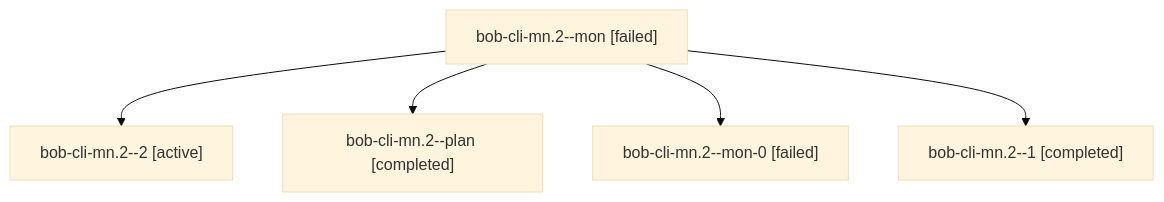
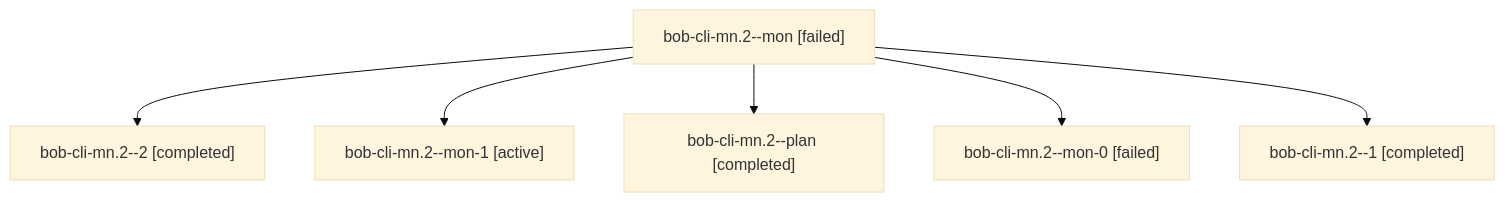
The diagram in sessions/bbugyi200.athena.bob-cli-mn.2.md (bobs-org/bob-cli--agents), drawn with Mermaid (base theme) before and after one commit. The commit also changed other lines of this file and 51 other files, not shown here.

````diff
--- a/sessions/bbugyi200.athena.bob-cli-mn.2.md
+++ b/sessions/bbugyi200.athena.bob-cli-mn.2.md
@@ -9,12 +9,14 @@
 ```mermaid
 flowchart TD
   n0["bob-cli-mn.2--mon [failed]"]
-  n1["bob-cli-mn.2--2 [active]"]
+  n1["bob-cli-mn.2--2 [completed]"]
   n0 --> n1
-  n2["bob-cli-mn.2--plan [completed]"]
+  n2["bob-cli-mn.2--mon-1 [active]"]
   n0 --> n2
-  n3["bob-cli-mn.2--mon-0 [failed]"]
+  n3["bob-cli-mn.2--plan [completed]"]
   n0 --> n3
-  n4["bob-cli-mn.2--1 [completed]"]
+  n4["bob-cli-mn.2--mon-0 [failed]"]
   n0 --> n4
+  n5["bob-cli-mn.2--1 [completed]"]
+  n0 --> n5
 ```
````
